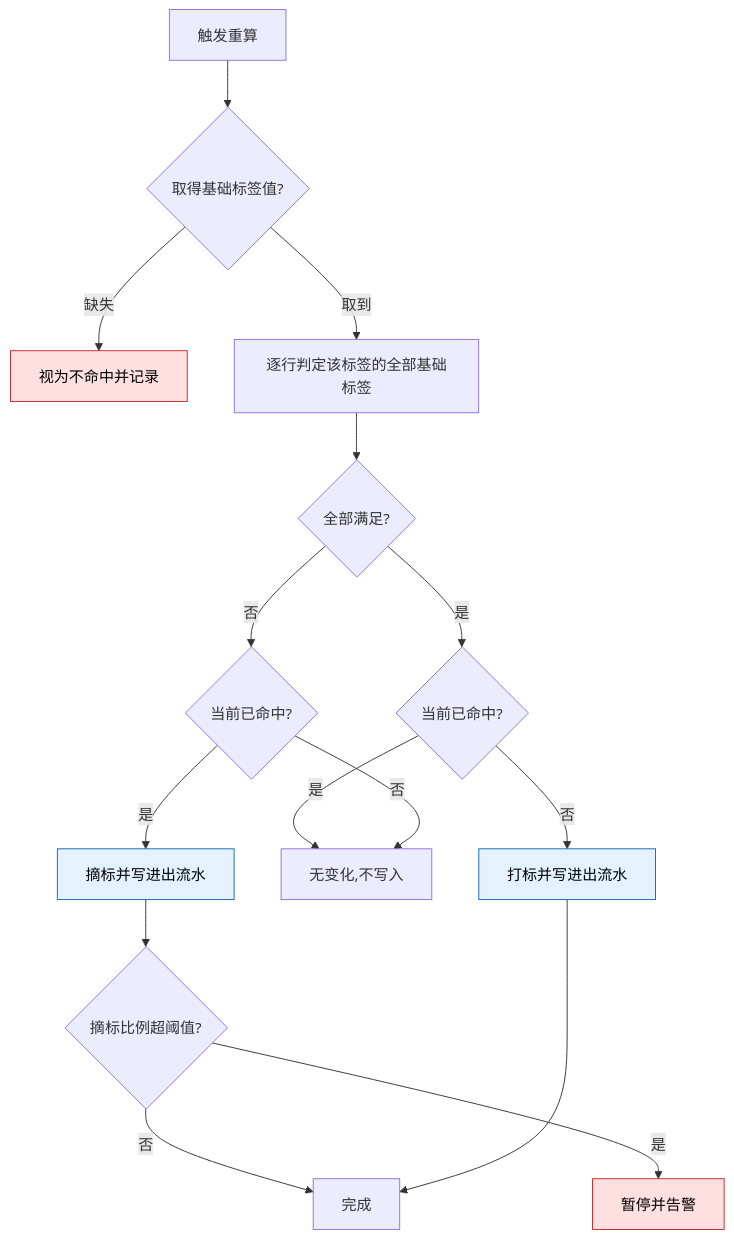
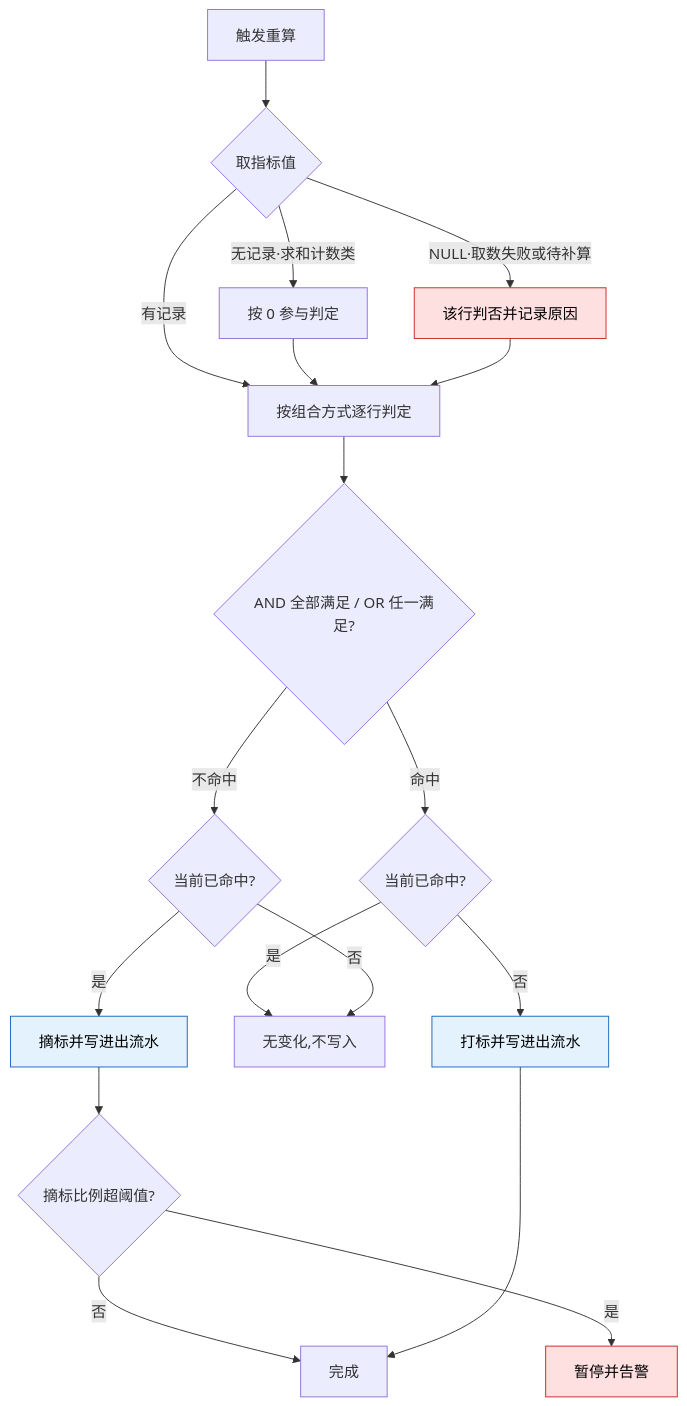
One commit to bingo-lab-1/bingo-figma changed the first of 2 diagrams in M2-用户管理/2.5-用户标签/README.md. Above: the diagram before and after it, drawn with Mermaid. The commit also changed other lines of this file and 4 other files, not shown here.

````diff
--- a/M2-用户管理/2.5-用户标签/README.md
+++ b/M2-用户管理/2.5-用户标签/README.md
@@ -265,22 +271,25 @@
 ```mermaid
 flowchart TD
-    A[触发重算] --> B{取得基础标签值?}
-    B -->|缺失| C[视为不命中并记录]
-    B -->|取到| D[逐行判定该标签的全部基础标签]
-    D --> E{全部满足?}
-    E -->|是| F{当前已命中?}
-    E -->|否| G{当前已命中?}
+    A[触发重算] --> B{取指标值}
+    B -->|有记录| D[按组合方式逐行判定]
+    B -->|无记录·求和计数类| N[按 0 参与判定]
+    B -->|NULL·取数失败或待补算| C[该行判否并记录原因]
+    N --> D
+    C --> D
+    D --> E{AND 全部满足 / OR 任一满足?}
+    E -->|命中| F{当前已命中?}
+    E -->|不命中| G{当前已命中?}
     F -->|否| H[打标并写进出流水]
     F -->|是| I[无变化,不写入]
     G -->|是| J[摘标并写进出流水]
     G -->|否| I
     J --> K{摘标比例超阈值?}
     K -->|是| L[暂停并告警]
     K -->|否| M[完成]
     H --> M
 
     classDef risk fill:#ffe0e0,stroke:#c62828,color:#000
     classDef safe fill:#e3f2fd,stroke:#1565c0,color:#000
     class C,L risk
     class H,J safe
 ```
````
